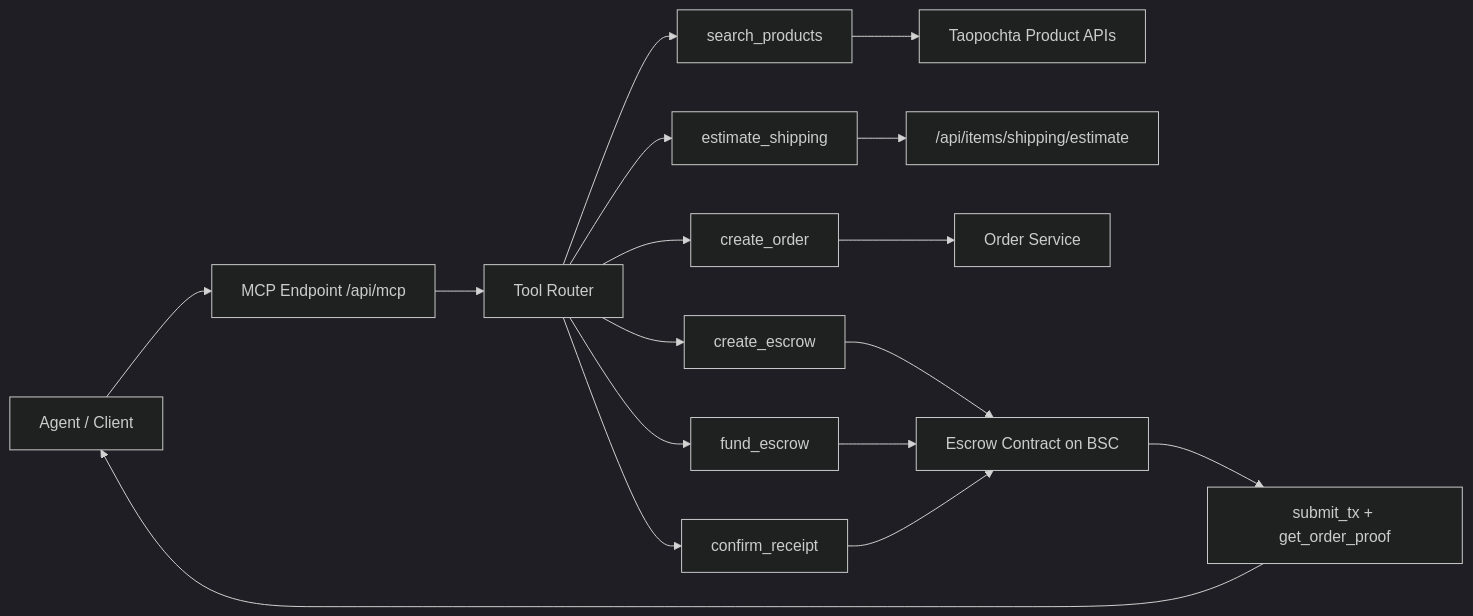
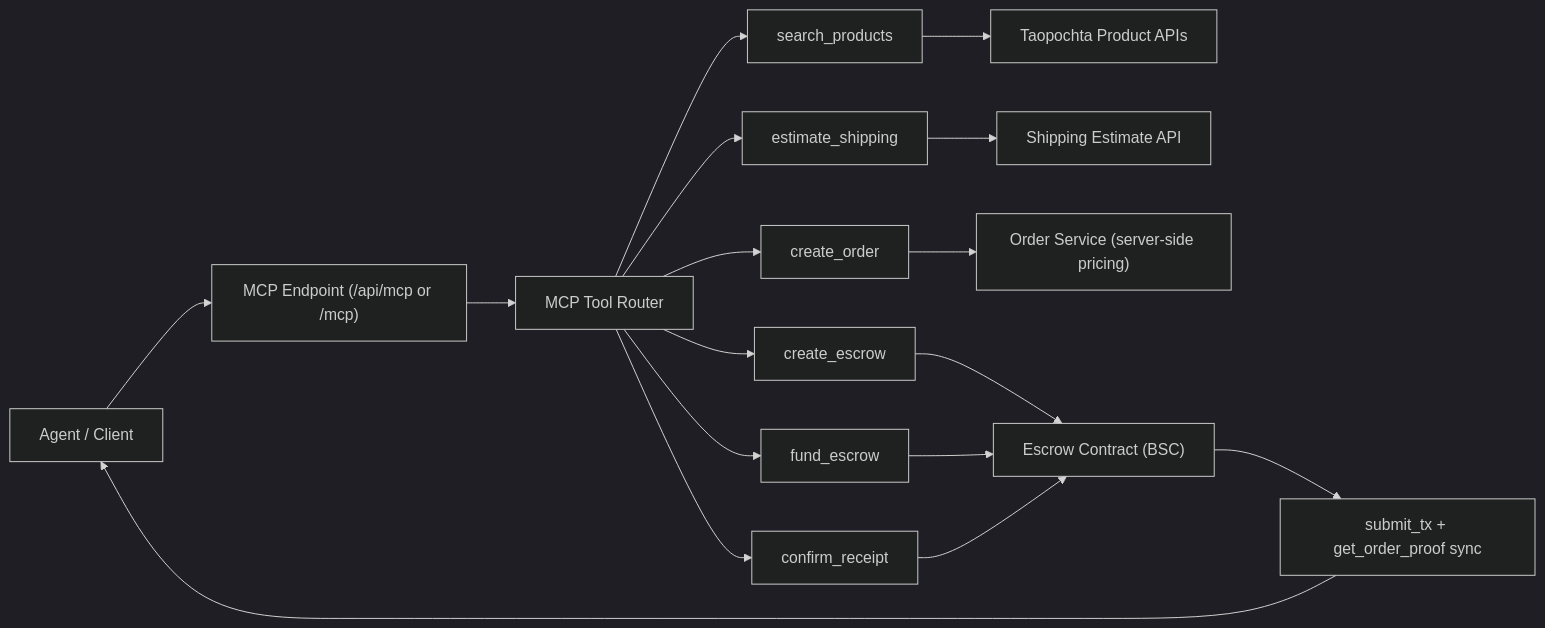
One commit to uniteonline/taopochta-agent-mcp changed the diagram in README.md. Above: the diagram before and after it, drawn with Mermaid (dark theme). The commit also changed other lines of this file and 6 other files, not shown here.

Commit message:
docs/examples: align MCP flow with token endpoint and prod defaults

````diff
--- a/README.md
+++ b/README.md
@@ -124,19 +29,19 @@
 ```mermaid
 flowchart LR
-  A["Agent / Client"] --> B["MCP Endpoint /api/mcp"]
-  B --> C["Tool Router"]
+  A["Agent / Client"] --> B["MCP Endpoint (/api/mcp or /mcp)"]
+  B --> C["MCP Tool Router"]
   C --> D["search_products"]
   C --> E["estimate_shipping"]
   C --> F["create_order"]
   C --> G["create_escrow"]
   C --> H["fund_escrow"]
   C --> I["confirm_receipt"]
   D --> J["Taopochta Product APIs"]
-  E --> K["/api/items/shipping/estimate"]
-  F --> L["Order Service"]
-  G --> M["Escrow Contract on BSC"]
+  E --> K["Shipping Estimate API"]
+  F --> L["Order Service (server-side pricing)"]
+  G --> M["Escrow Contract (BSC)"]
   H --> M
   I --> M
-  M --> N["submit_tx + get_order_proof"]
+  M --> N["submit_tx + get_order_proof sync"]
   N --> A
 ```
````
